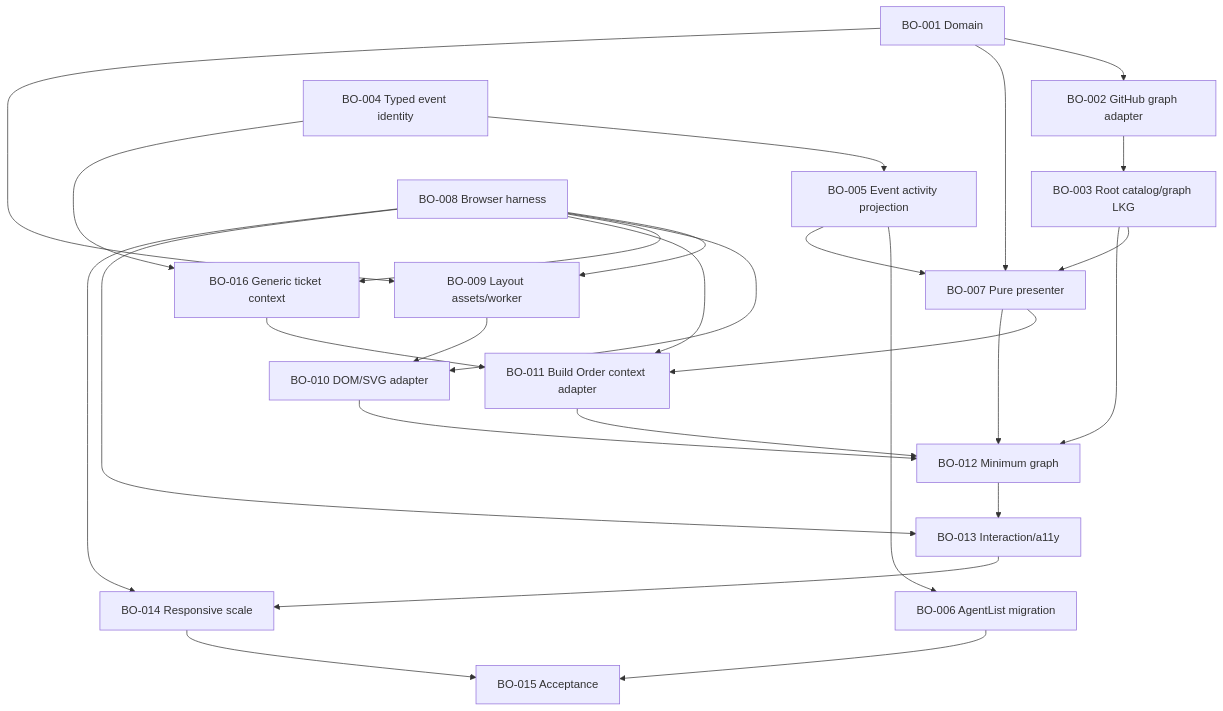
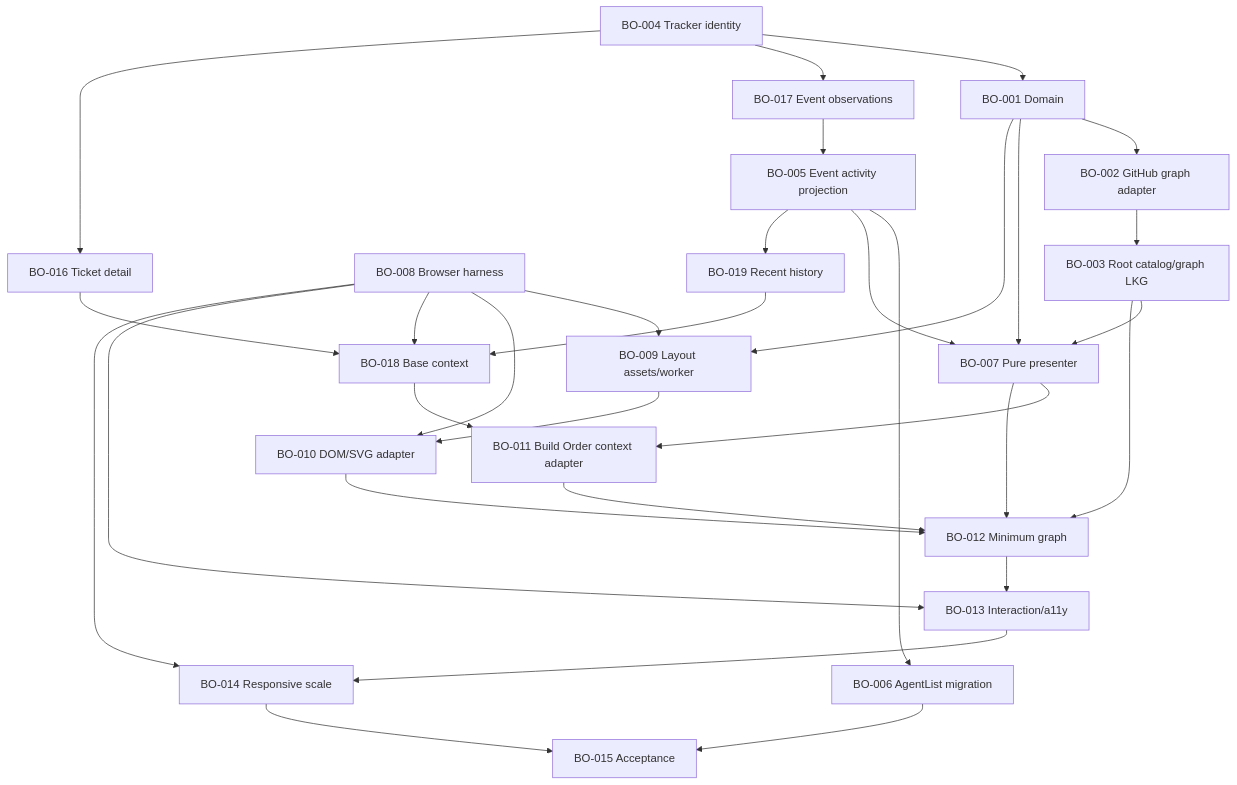
The diagram in docs/build-order/README.md (aiur-team/aiur), drawn with Mermaid before and after one commit. The commit also changed other lines of this file and 79 other files, not shown here.

````diff
--- a/docs/build-order/README.md
+++ b/docs/build-order/README.md
@@ -49,31 +50,34 @@
 ```mermaid
 graph TD
-  B1[BO-001 Domain] --> B2[BO-002 GitHub graph adapter]
+  B4[BO-004 Tracker identity] --> B1[BO-001 Domain]
+  B4 --> B17[BO-017 Event observations]
+  B1 --> B2[BO-002 GitHub graph adapter]
   B2 --> B3[BO-003 Root catalog/graph LKG]
-  B4[BO-004 Typed event identity]
-  B4 --> B5[BO-005 Event activity projection]
+  B17 --> B5[BO-005 Event activity projection]
   B5 --> B6[BO-006 AgentList migration]
   B1 --> B7[BO-007 Pure presenter]
   B3 --> B7
   B5 --> B7
   B8[BO-008 Browser harness]
   B1 --> B9[BO-009 Layout assets/worker]
   B8 --> B9
   B8 --> B10[BO-010 DOM/SVG adapter]
   B9 --> B10
-  B4 --> B16[BO-016 Generic ticket context]
-  B8 --> B16
+  B4 --> B16[BO-016 Ticket detail]
+  B5 --> B19[BO-019 Recent history]
+  B8 --> B18[BO-018 Base context]
+  B16 --> B18
+  B19 --> B18
   B7 --> B11[BO-011 Build Order context adapter]
-  B8 --> B11
-  B16 --> B11
+  B18 --> B11
   B3 --> B12[BO-012 Minimum graph]
   B7 --> B12
   B10 --> B12
   B11 --> B12
   B8 --> B13[BO-013 Interaction/a11y]
   B12 --> B13
   B8 --> B14[BO-014 Responsive scale]
   B13 --> B14
   B6 --> B15[BO-015 Acceptance]
   B14 --> B15
 ```
````
